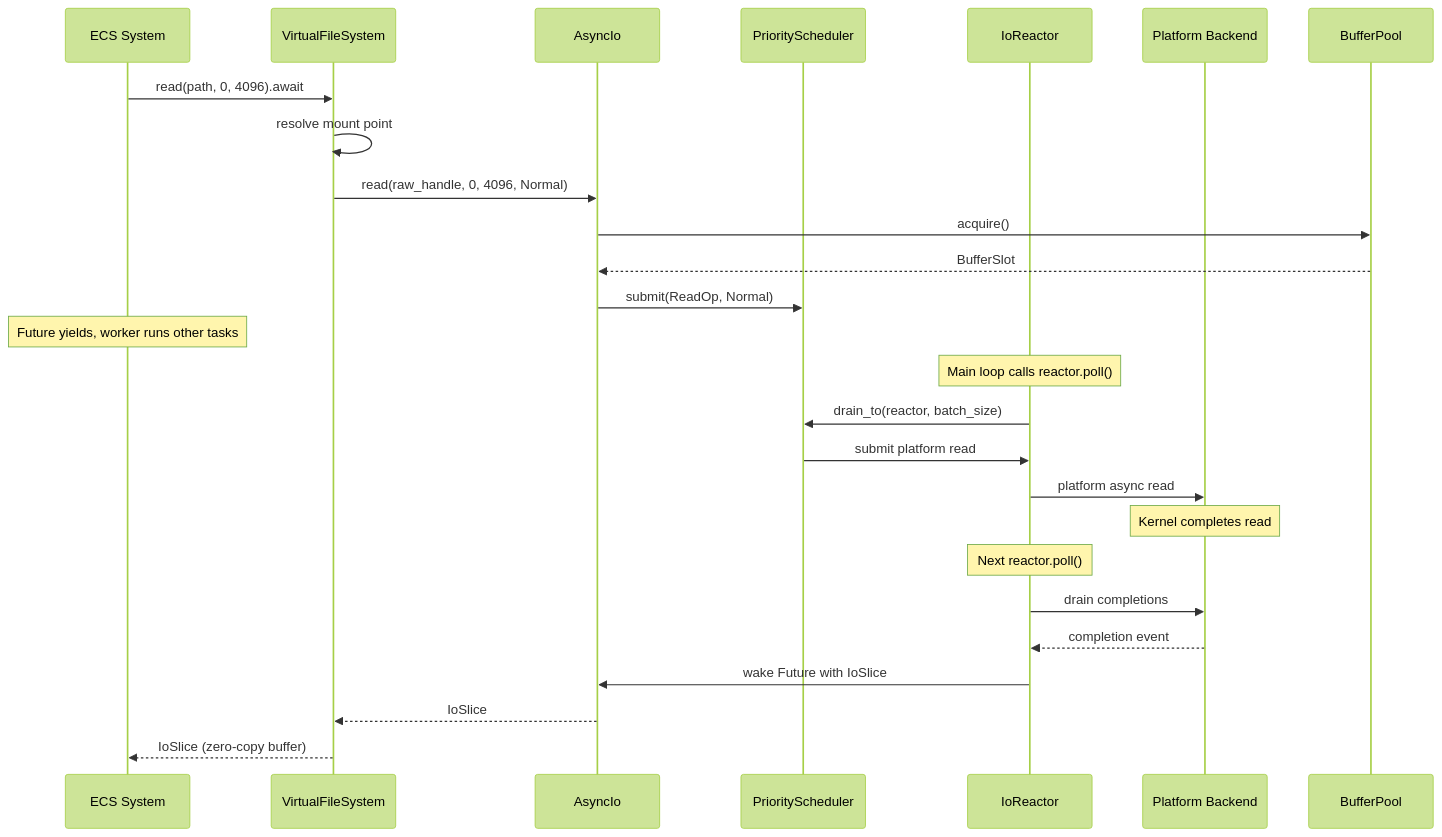
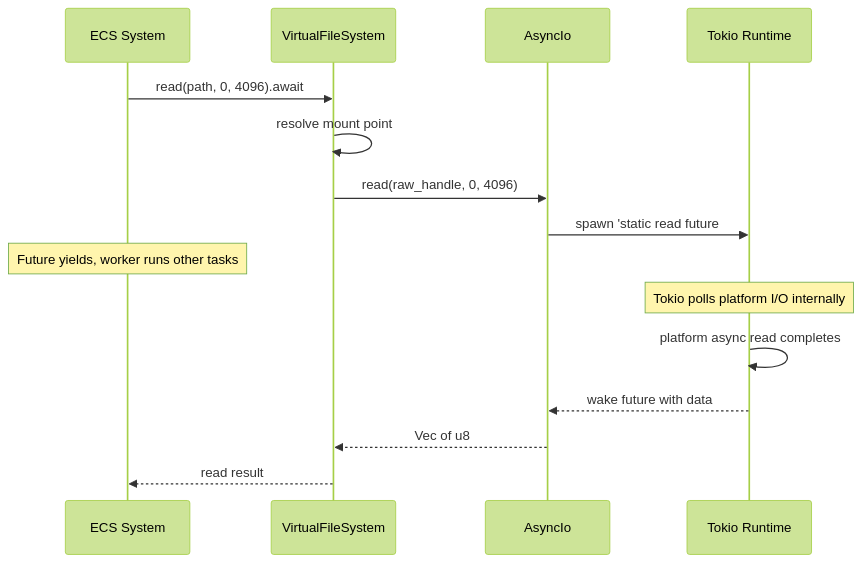
Before and after one commit to harmonius-dev/harmonius: the seventh of 7 diagrams in docs/design/core-runtime/memory-async-io.md, drawn with Mermaid (forest theme). The commit also changed other lines of this file and 229 other files, not shown here.

````diff
--- a/docs/design/core-runtime/memory-async-io.md
+++ b/docs/design/core-runtime/memory-async-io.md
@@ -367,33 +355,21 @@
 ```mermaid
 sequenceDiagram
     participant S as ECS System
     participant VFS as VirtualFileSystem
     participant AIO as AsyncIo
-    participant PS as PriorityScheduler
-    participant RE as IoReactor
-    participant OS as Platform Backend
-    participant BP as BufferPool
+    participant TK as Tokio Runtime
 
     S->>VFS: read(path, 0, 4096).await
     VFS->>VFS: resolve mount point
-    VFS->>AIO: read(raw_handle, 0, 4096, Normal)
-    AIO->>BP: acquire()
-    BP-->>AIO: BufferSlot
-    AIO->>PS: submit(ReadOp, Normal)
+    VFS->>AIO: read(raw_handle, 0, 4096)
+    AIO->>TK: spawn 'static read future
 
     Note over S: Future yields, worker runs other tasks
 
-    Note over RE: Main loop calls reactor.poll()
-    RE->>PS: drain_to(reactor, batch_size)
-    PS->>RE: submit platform read
-    RE->>OS: platform async read
+    Note over TK: Tokio polls platform I/O internally
+    TK->>TK: platform async read completes
 
-    Note over OS: Kernel completes read
-
-    Note over RE: Next reactor.poll()
-    RE->>OS: drain completions
-    OS-->>RE: completion event
-    RE->>AIO: wake Future with IoSlice
-    AIO-->>VFS: IoSlice
-    VFS-->>S: IoSlice (zero-copy buffer)
+    TK-->>AIO: wake future with data
+    AIO-->>VFS: Vec of u8
+    VFS-->>S: read result
 ```
````
